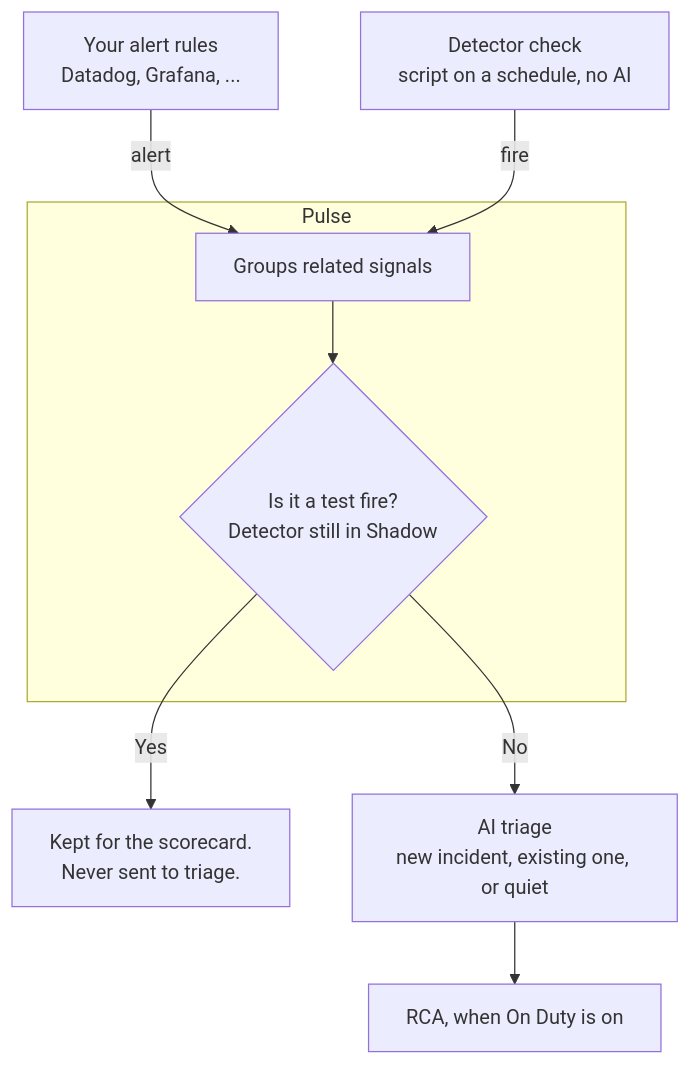
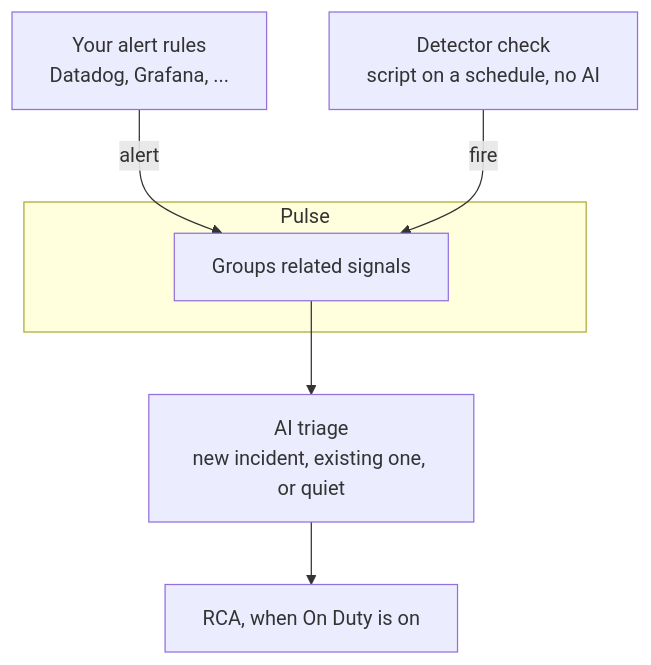
One commit to nhat-tranvan/docs changed the first of 3 diagrams in guide/incident/detectors.mdx. Above: the diagram before and after it, drawn with Mermaid. The commit also changed other lines of this file and 2 other files, not shown here.

Commit message:
docs(resolve): drop Shadow and Live from Detectors; accepted Detectors go straight to triage

````diff
--- a/guide/incident/detectors.mdx
+++ b/guide/incident/detectors.mdx
@@ -18,11 +18,10 @@
 ```mermaid
 flowchart TB
     A["Your alert rules<br/>Datadog, Grafana, ..."] -- alert --> G
     D["Detector check<br/>script on a schedule, no AI"] -- fire --> G
     subgraph Pulse
-        G["Groups related signals"] --> Q{"Is it a test fire?<br/>Detector still in Shadow"}
+        G["Groups related signals"]
     end
-    Q -- Yes --> S["Kept for the scorecard.<br/>Never sent to triage."]
-    Q -- No --> T["AI triage<br/>new incident, existing one, or quiet"]
+    G --> T["AI triage<br/>new incident, existing one, or quiet"]
     T --> R["RCA, when On Duty is on"]
 ```
````
